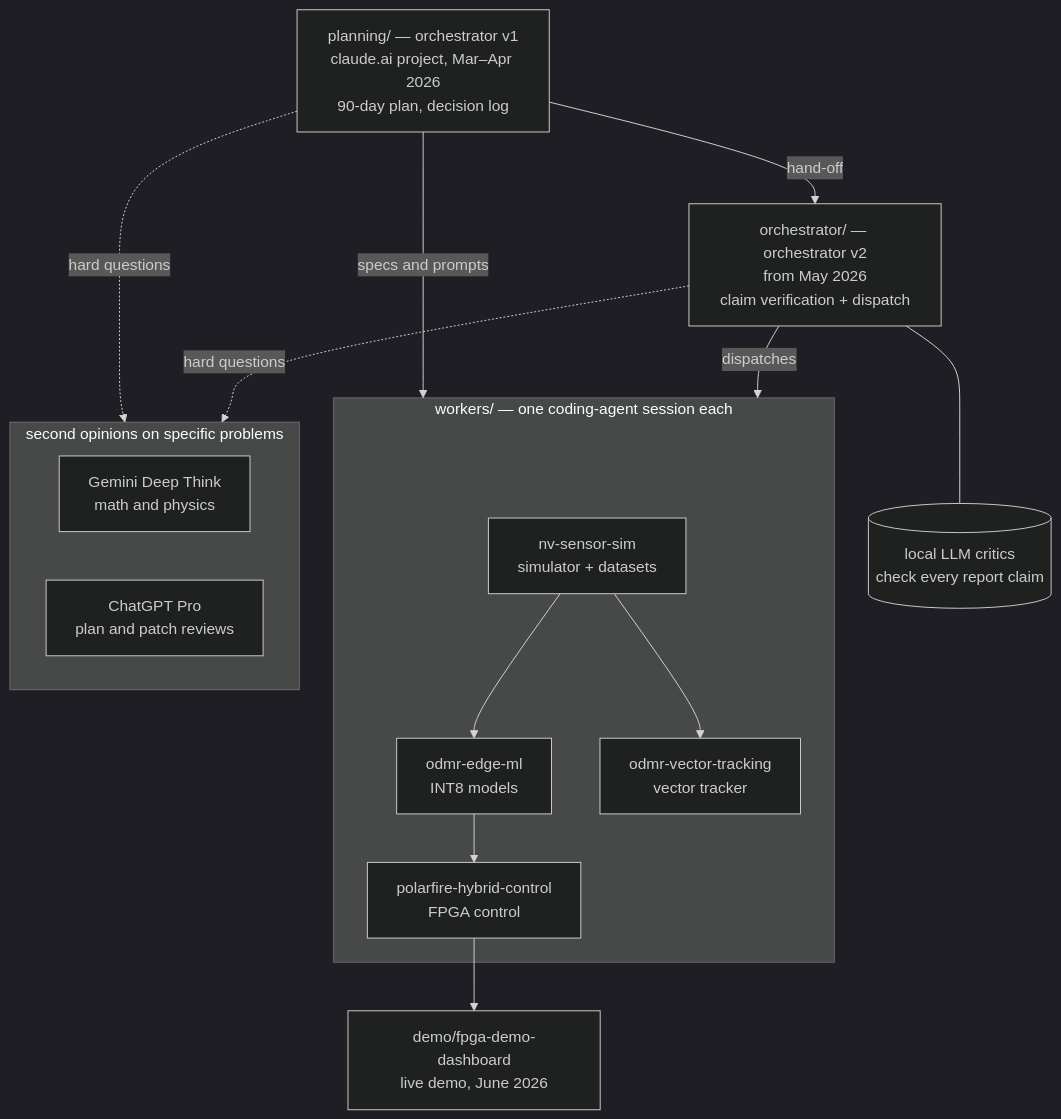
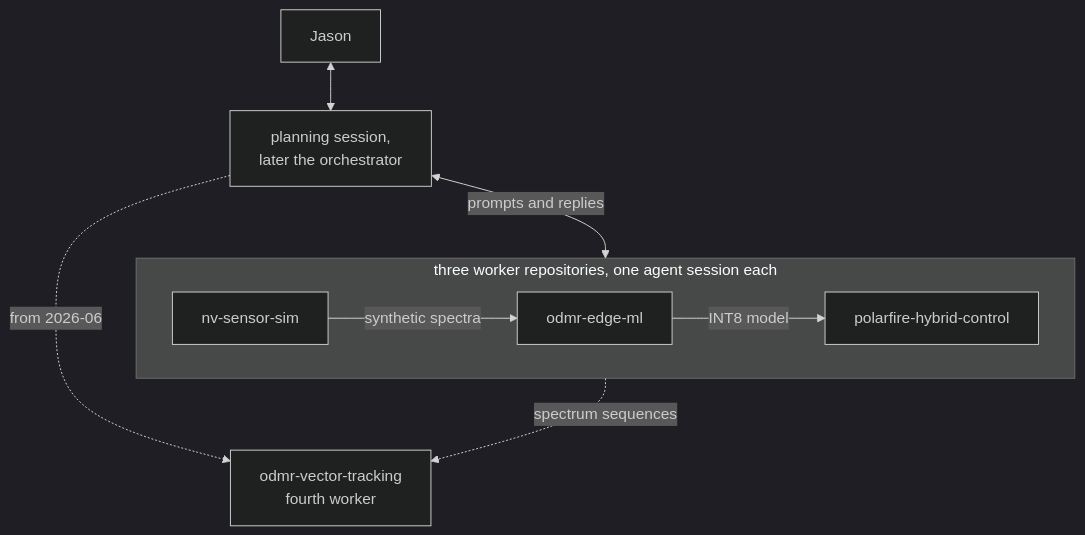
One commit to jasonphillip/tychon-quantum-sensing changed the diagram in README.md. Above: the diagram before and after it, drawn with Mermaid (dark theme). The commit also changed other lines of this file and 6 other files, not shown here.

Commit message:
Refresh the front page, planning and agent snapshots

````diff
--- a/README.md
+++ b/README.md
@@ -73,25 +15,11 @@
 ```mermaid
 flowchart TD
-  P["planning/ — orchestrator v1<br/>claude.ai project, Mar–Apr 2026<br/>90-day plan, decision log"]
-  O["orchestrator/ — orchestrator v2<br/>from May 2026<br/>claim verification + dispatch"]
-  subgraph W["workers/ — one coding-agent session each"]
-    S["nv-sensor-sim<br/>simulator + datasets"]
-    E["odmr-edge-ml<br/>INT8 models"]
-    F["polarfire-hybrid-control<br/>FPGA control"]
-    T["odmr-vector-tracking<br/>vector tracker"]
+  J["Jason"] <--> P["planning session,<br/>later the orchestrator"]
+  P <-->|"prompts and replies"| W
+  subgraph W["three worker repositories, one agent session each"]
+    direction LR
+    S["nv-sensor-sim"] -->|"synthetic spectra"| E["odmr-edge-ml"] -->|"INT8 model"| F["polarfire-hybrid-control"]
   end
-  D["demo/fpga-demo-dashboard<br/>live demo, June 2026"]
-  C[("local LLM critics<br/>check every report claim")]
-  subgraph R["second opinions on specific problems"]
-    G["Gemini Deep Think<br/>math and physics"]
-    X["ChatGPT Pro<br/>plan and patch reviews"]
-  end
-  P -- specs and prompts --> W
-  P -- hand-off --> O
-  O -- dispatches --> W
-  O --- C
-  S --> E --> F --> D
-  S --> T
-  P -. hard questions .-> R
-  O -. hard questions .-> R
+  P -.->|"from 2026-06"| T["odmr-vector-tracking<br/>fourth worker"]
+  S -.->|"spectrum sequences"| T
 ```
````
